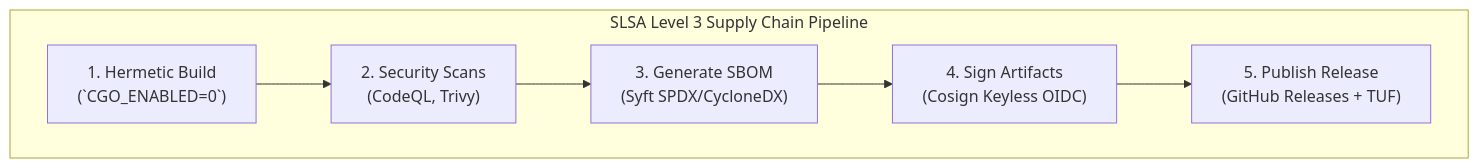
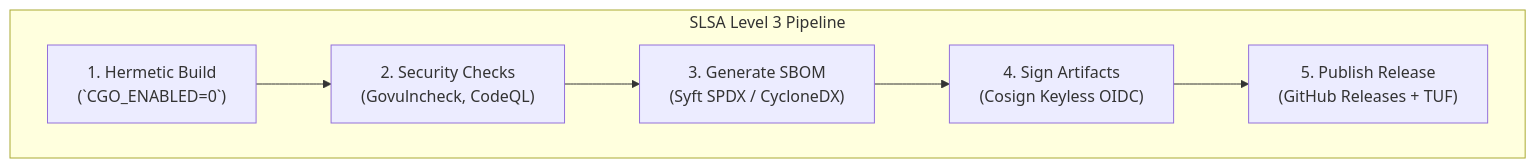
Before and after one commit to Subhadip-Paul2006/NETRA-Backend: the first of 3 diagrams in docs/CI_CD.md, drawn with Mermaid. The commit also changed other lines of this file and 15 other files, not shown here.

Commit message:
docs: establish authoritative open-source academic architecture & technical specification suite

````diff
--- a/docs/CI_CD.md
+++ b/docs/CI_CD.md
@@ -27,10 +30,10 @@
 ```mermaid
 flowchart LR
-    subgraph SupplyChain["SLSA Level 3 Supply Chain Pipeline"]
+    subgraph SupplyChain["SLSA Level 3 Pipeline"]
         direction LR
-        Build["1. Hermetic Build<br/>(`CGO_ENABLED=0`)"] --> Scan["2. Security Scans<br/>(CodeQL, Trivy)"]
-        Scan --> SBOM["3. Generate SBOM<br/>(Syft SPDX/CycloneDX)"]
+        Build["1. Hermetic Build<br/>(`CGO_ENABLED=0`)"] --> Scan["2. Security Checks<br/>(Govulncheck, CodeQL)"]
+        Scan --> SBOM["3. Generate SBOM<br/>(Syft SPDX / CycloneDX)"]
         SBOM --> Sign["4. Sign Artifacts<br/>(Cosign Keyless OIDC)"]
-        Sign --> Release["5. Publish Release<br/>(GitHub Releases + TUF)"]
+        Sign --> Publish["5. Publish Release<br/>(GitHub Releases + TUF)"]
     end
 ```
````
